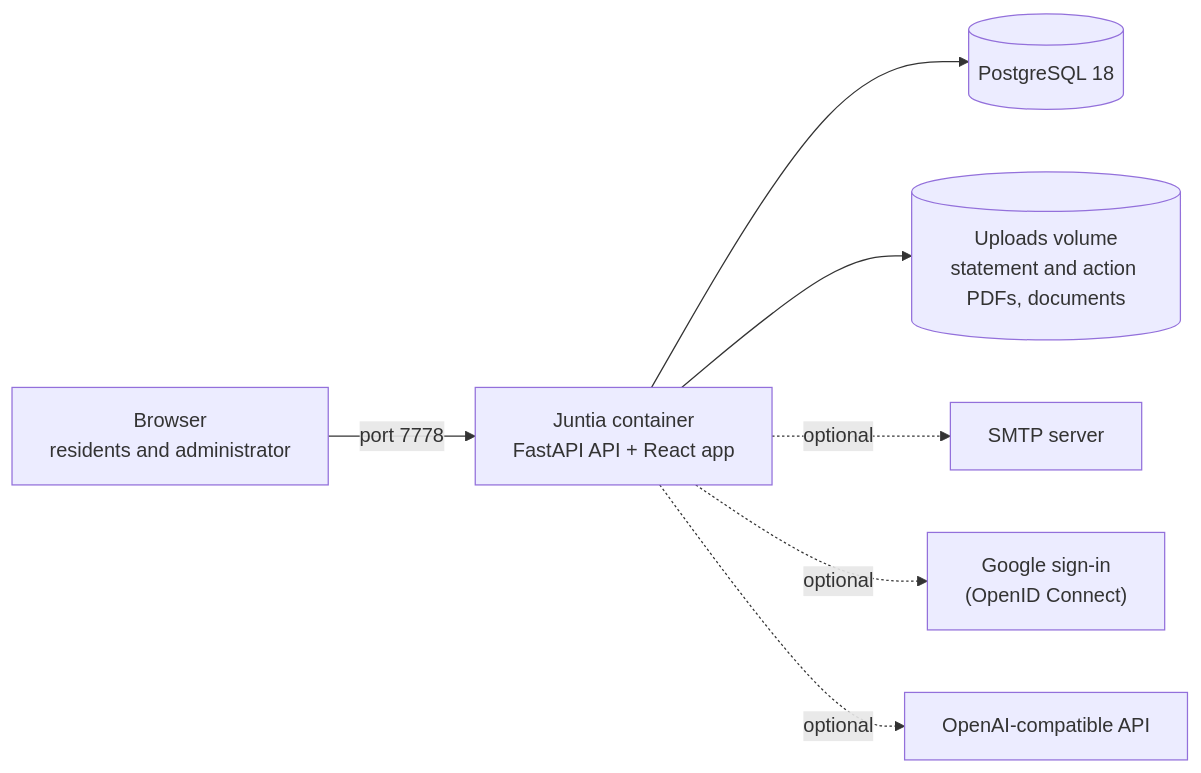
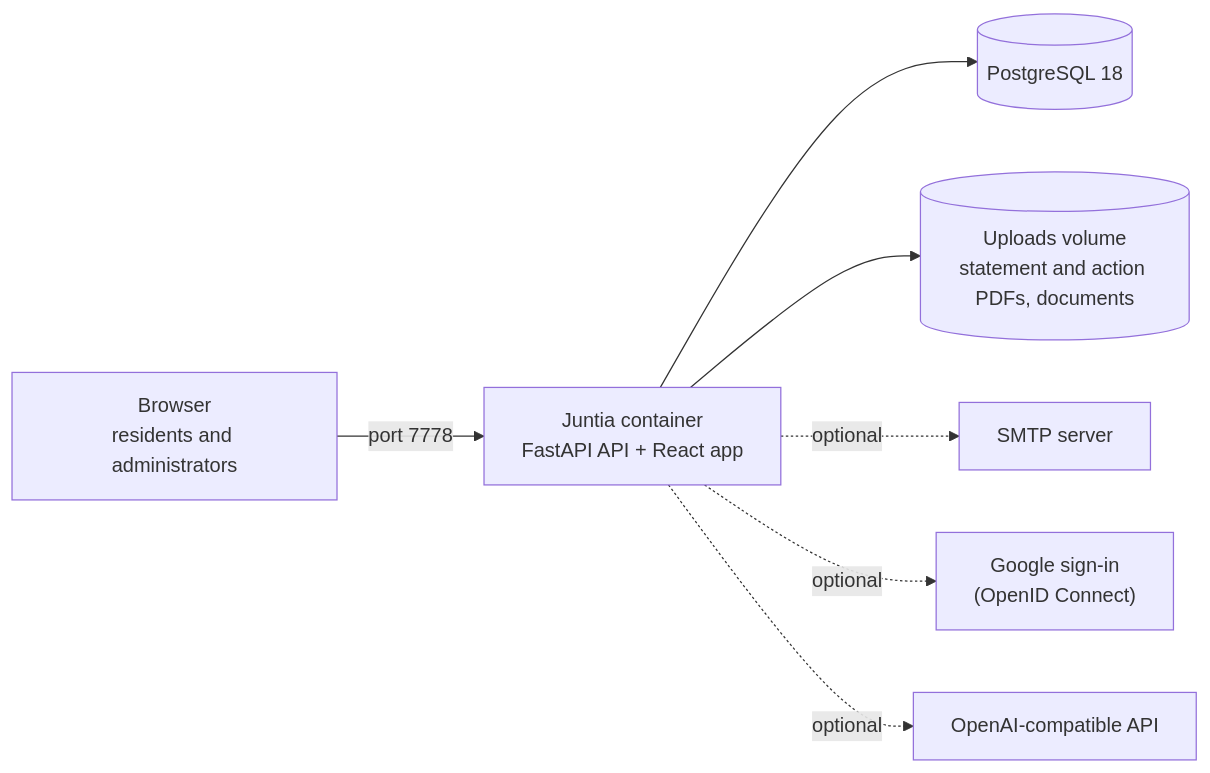
Before and after one commit to DrDonoso/juntia: the diagram in README.md, drawn with Mermaid. The commit also changed other lines of this file and 188 other files, not shown here.

````diff
--- a/README.md
+++ b/README.md
@@ -143,9 +147,9 @@
 ```mermaid
 flowchart LR
-  browser["Browser<br/>residents and administrator"] -- "port 7778" --> app["Juntia container<br/>FastAPI API + React app"]
+  browser["Browser<br/>residents and administrators"] -- "port 7778" --> app["Juntia container<br/>FastAPI API + React app"]
   app --> db[("PostgreSQL 18")]
   app --> uploads[("Uploads volume<br/>statement and action PDFs, documents")]
   app -. optional .-> smtp["SMTP server"]
   app -. optional .-> google["Google sign-in<br/>(OpenID Connect)"]
   app -. optional .-> ai["OpenAI-compatible API"]
 ```
````
